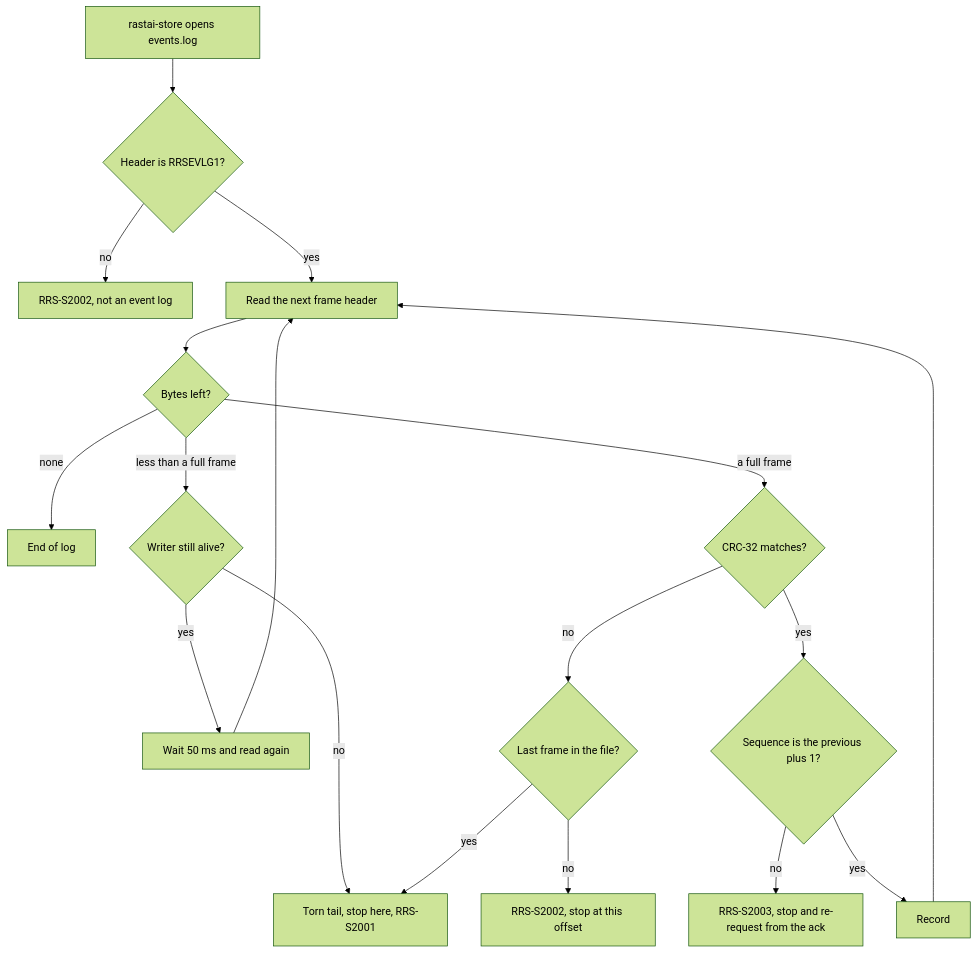
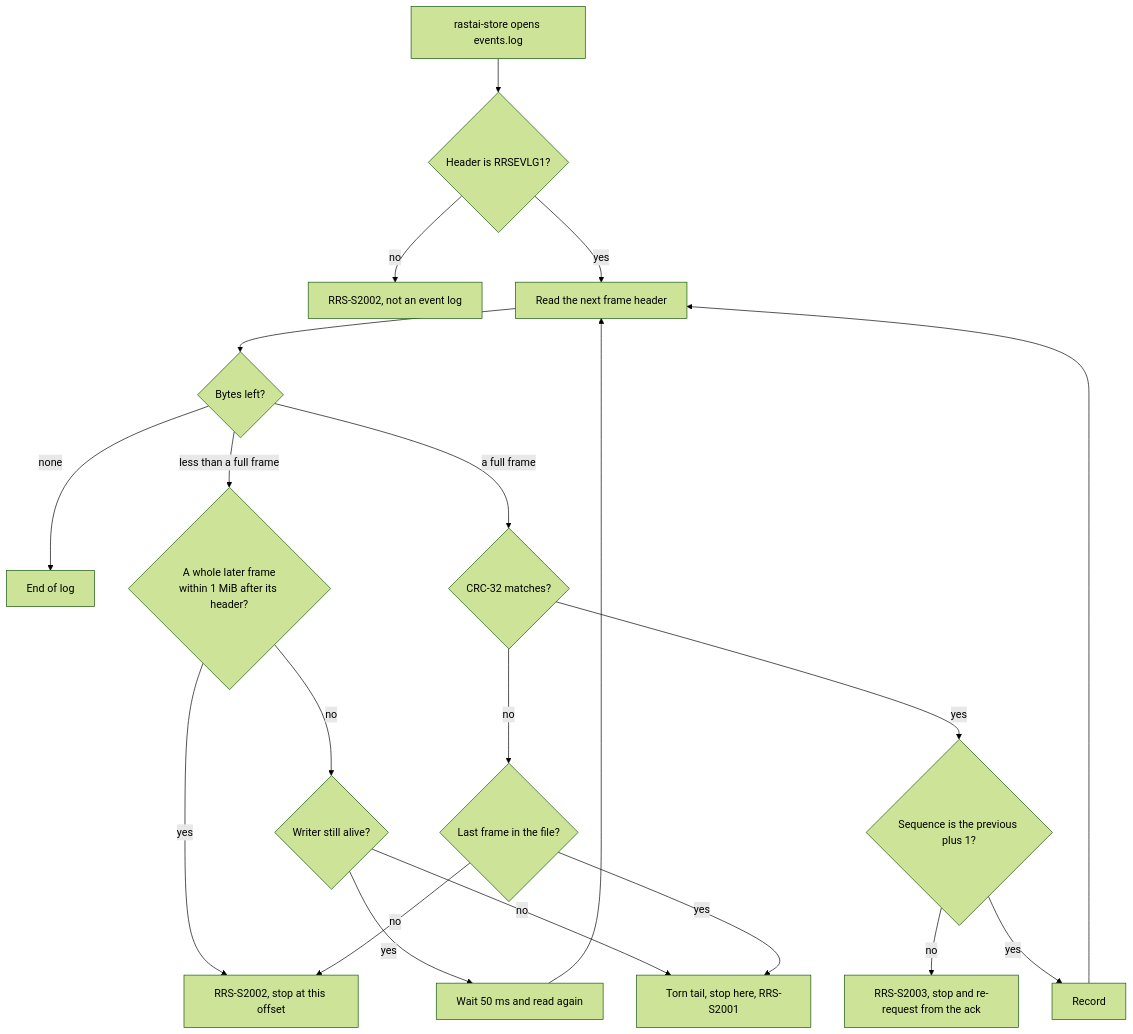
Before and after one commit to Snubiss/RASTAI-Research-Studio: diagram 26 of 55 in docs/architecture/flows/platform.md, drawn with Mermaid (forest theme). The commit also changed other lines of this file and 7 other files, not shown here.

````diff
--- a/docs/architecture/flows/platform.md
+++ b/docs/architecture/flows/platform.md
@@ -1296,20 +1296,22 @@
 ```mermaid
 flowchart TD
   A["rastai-store opens events.log"] --> H{"Header is RRSEVLG1?"}
   H -->|"no"| C0["RRS-S2002, not an event log"]
   H -->|"yes"| N["Read the next frame header"]
   N --> E{"Bytes left?"}
   E -->|"none"| DONE["End of log"]
-  E -->|"less than a full frame"| LIVE{"Writer still alive?"}
+  E -->|"less than a full frame"| LATER{"A whole later frame<br/>within 1 MiB after its header?"}
+  LATER -->|"yes"| CORR
+  LATER -->|"no"| LIVE{"Writer still alive?"}
   LIVE -->|"yes"| WAIT["Wait 50 ms and read again"]
   WAIT --> N
   LIVE -->|"no"| TORN["Torn tail, stop here, RRS-S2001"]
   E -->|"a full frame"| K{"CRC-32 matches?"}
   K -->|"no"| LAST{"Last frame in the file?"}
   LAST -->|"yes"| TORN
   LAST -->|"no"| CORR["RRS-S2002, stop at this offset"]
   K -->|"yes"| SEQ{"Sequence is the previous plus 1?"}
   SEQ -->|"no"| GAP["RRS-S2003, stop and re-request from the ack"]
   SEQ -->|"yes"| REC["Record"]
   REC --> N
 ```
````
